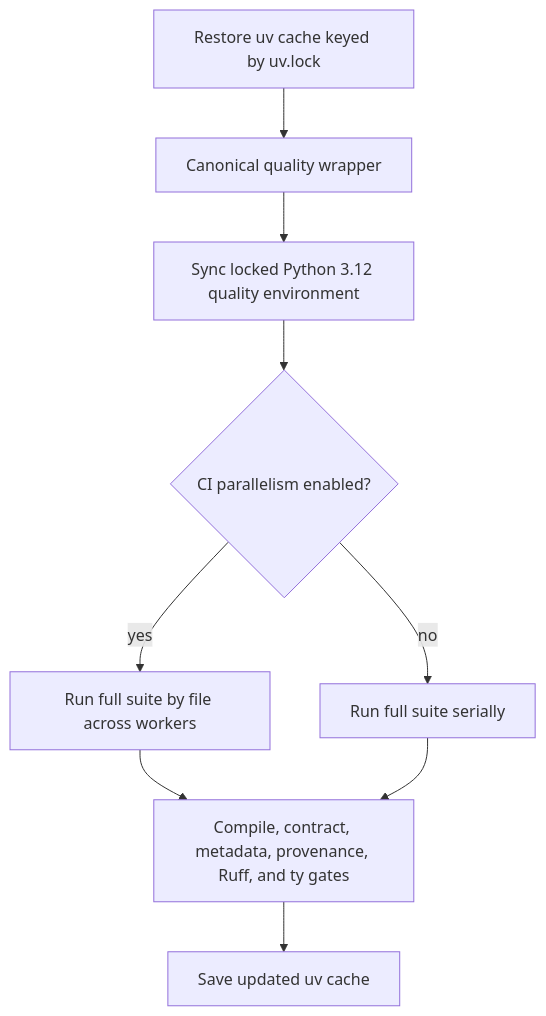
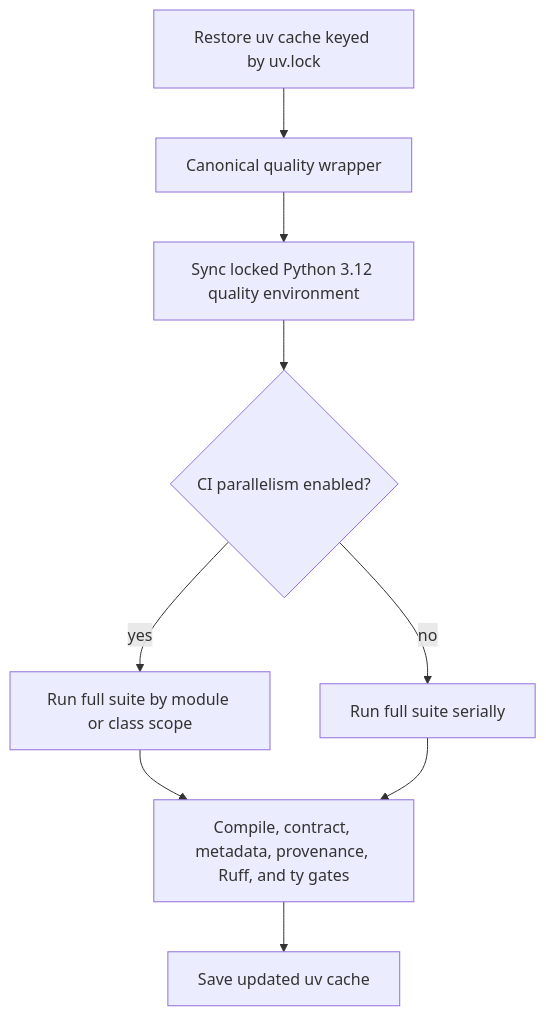
The diagram in docs/plans/2026-07-14-001-perf-faster-quality-gate-plan.md (jawauntb/research-derived-experiments), drawn with Mermaid before and after one commit. The commit also changed other lines of this file and 2 other files, not shown here.

````diff
--- a/docs/plans/2026-07-14-001-perf-faster-quality-gate-plan.md
+++ b/docs/plans/2026-07-14-001-perf-faster-quality-gate-plan.md
@@ -84,11 +84,11 @@
 ```mermaid
 flowchart TB
   A[Restore uv cache keyed by uv.lock] --> B[Canonical quality wrapper]
   B --> C[Sync locked Python 3.12 quality environment]
   C --> D{CI parallelism enabled?}
-  D -->|yes| E[Run full suite by file across workers]
+  D -->|yes| E[Run full suite by module or class scope]
   D -->|no| F[Run full suite serially]
   E --> G[Compile, contract, metadata, provenance, Ruff, and ty gates]
   F --> G
   G --> H[Save updated uv cache]
 ```
````
